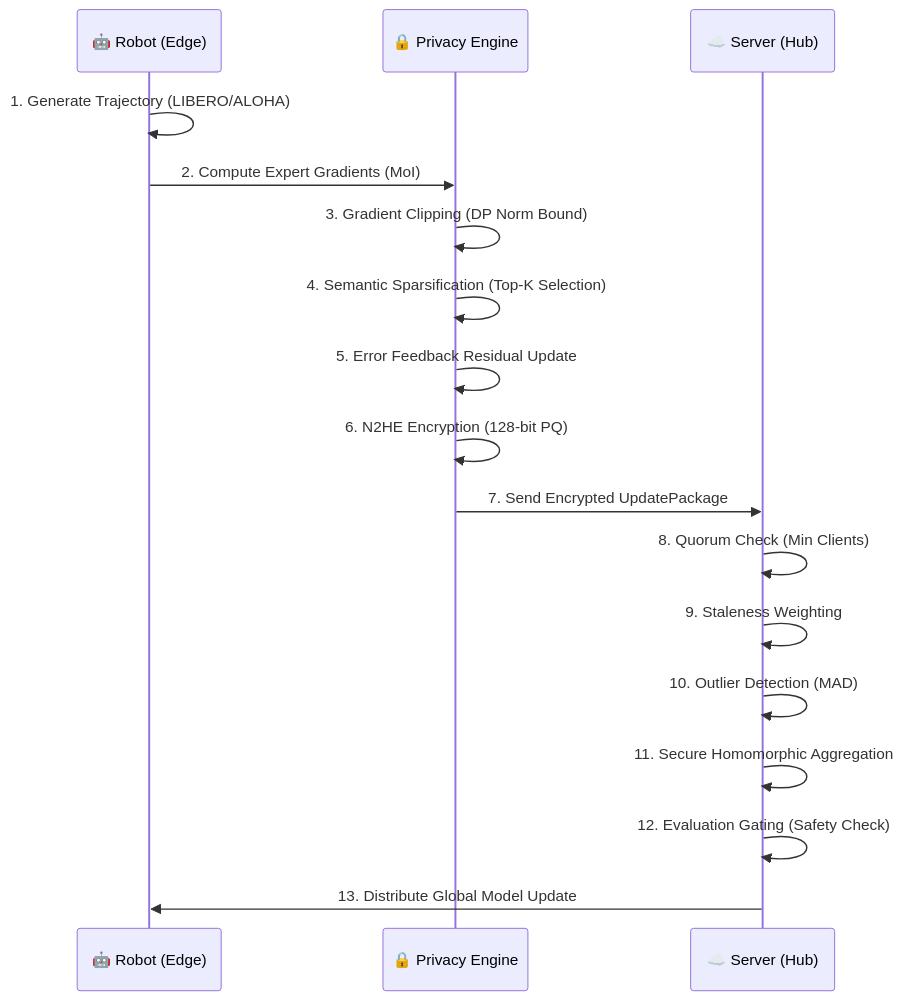
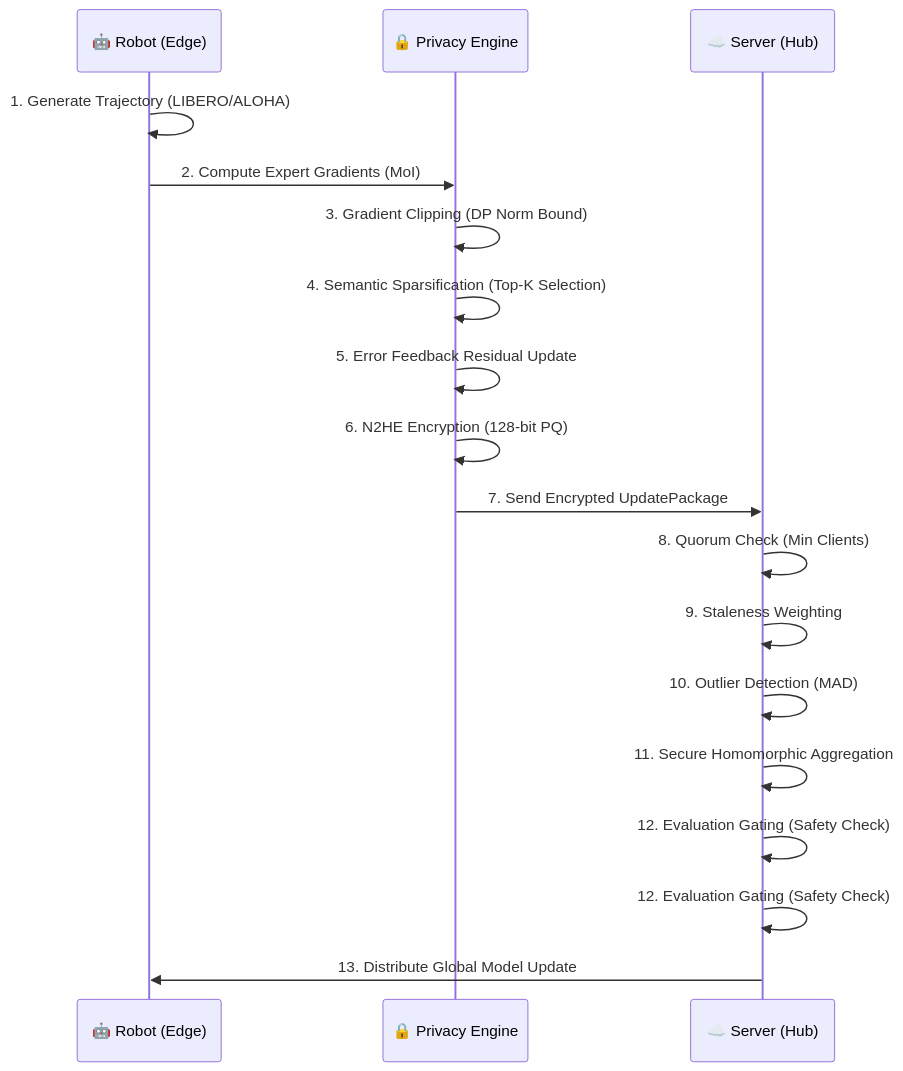
One commit to Danielfoojunwei/TensorGuard changed the second of 2 diagrams in README.md. Above: the diagram before and after it, drawn with Mermaid. The commit also changed other lines of this file, not shown here.

````diff
--- a/README.md
+++ b/README.md
@@ -93,20 +103,21 @@
 ```mermaid
 sequenceDiagram
     participant R as 🤖 Robot (Edge)
     participant P as 🔒 Privacy Engine
     participant S as ☁️ Server (Hub)
     
     R->>R: 1. Generate Trajectory (LIBERO/ALOHA)
     R->>P: 2. Compute Expert Gradients (MoI)
     P->>P: 3. Gradient Clipping (DP Norm Bound)
     P->>P: 4. Semantic Sparsification (Top-K Selection)
     P->>P: 5. Error Feedback Residual Update
     P->>P: 6. N2HE Encryption (128-bit PQ)
     P->>S: 7. Send Encrypted UpdatePackage
     S->>S: 8. Quorum Check (Min Clients)
     S->>S: 9. Staleness Weighting
     S->>S: 10. Outlier Detection (MAD)
     S->>S: 11. Secure Homomorphic Aggregation
     S->>S: 12. Evaluation Gating (Safety Check)
+    S->>S: 12. Evaluation Gating (Safety Check)
     S->>R: 13. Distribute Global Model Update
 ```
````
